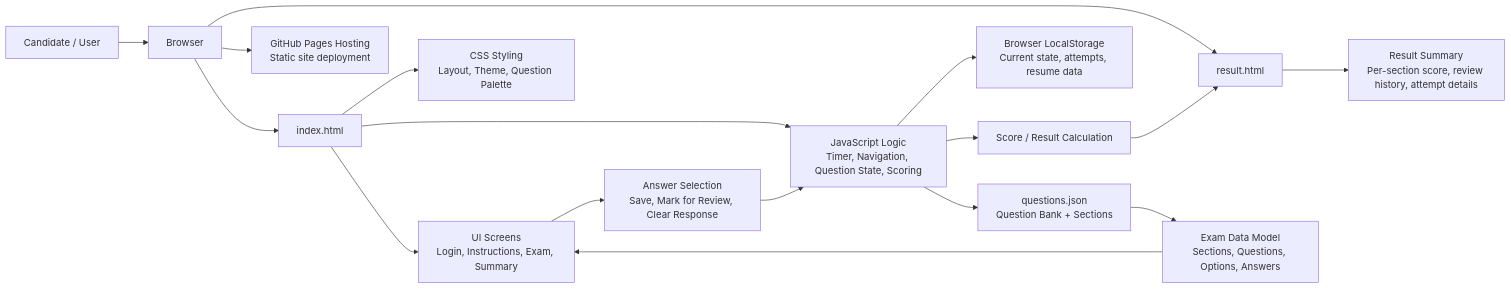
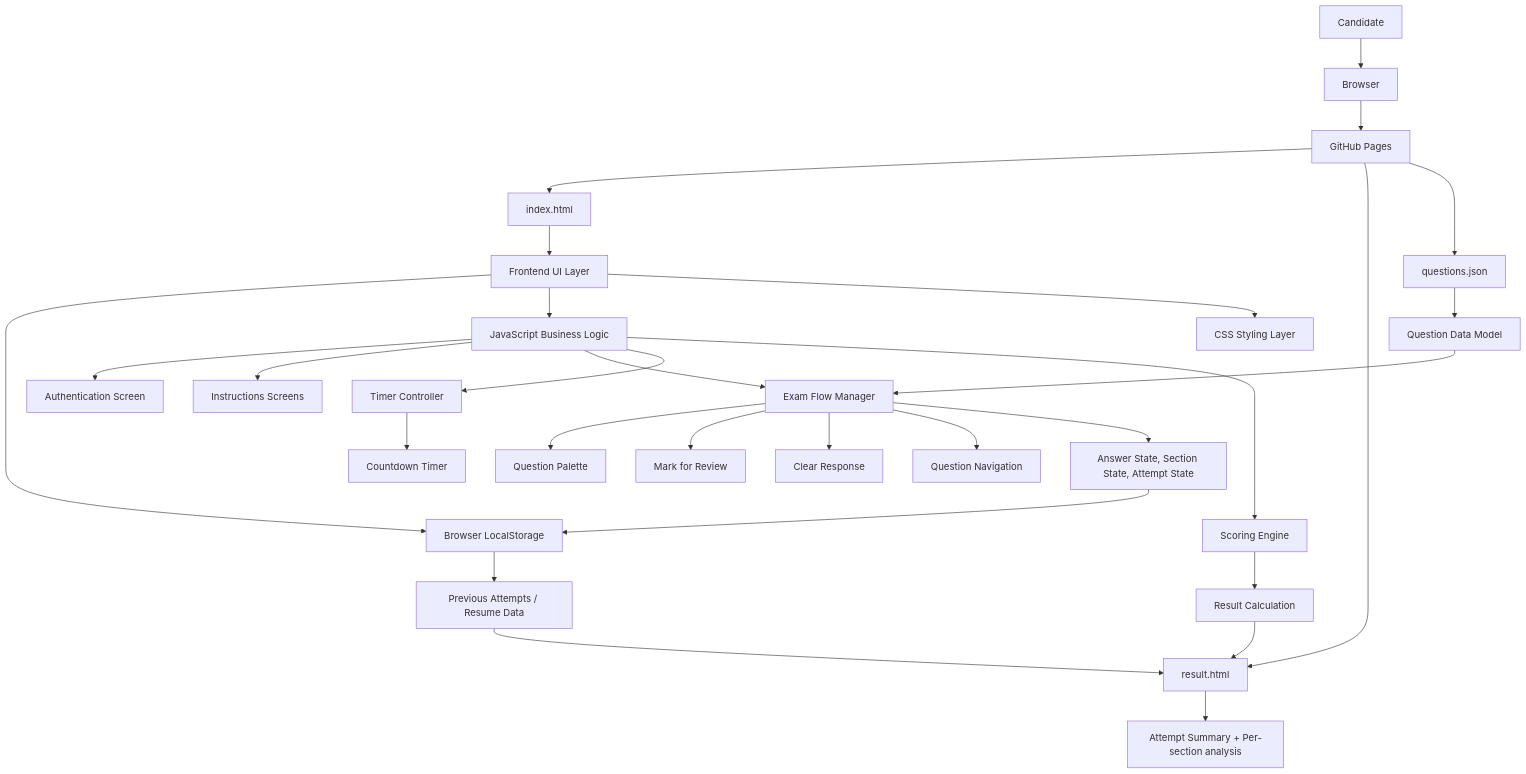
Before and after one commit to Ajay1526/Dsssb-PYQ-exam-portal: the first of 2 diagrams in ARCHITECTURE.md, drawn with Mermaid. The commit also changed other lines of this file, not shown here.

Commit message:
Create a professional architecture overview for the Dsssb exam portal

````diff
--- a/ARCHITECTURE.md
+++ b/ARCHITECTURE.md
@@ -5,25 +5,38 @@
 ```mermaid
-flowchart LR
-    U[Candidate / User] --> B[Browser]
-    B --> I[index.html]
-    B --> R[result.html]
+flowchart TD
+    U[Candidate] --> B[Browser]
+    B --> P[GitHub Pages]
+    P --> H[index.html]
+    P --> R[result.html]
+    P --> Q[questions.json]
 
-    I --> UI[UI Screens\nLogin, Instructions, Exam, Summary]
-    I --> JS[JavaScript Logic\nTimer, Navigation, Question State, Scoring]
-    I --> CSS[CSS Styling\nLayout, Theme, Question Palette]
+    H --> UI[Frontend UI Layer]
+    UI --> LS[Browser LocalStorage]
+    UI --> JS[JavaScript Business Logic]
+    UI --> CSS[CSS Styling Layer]
 
-    JS --> Q[questions.json\nQuestion Bank + Sections]
-    JS --> LS[Browser LocalStorage\nCurrent state, attempts, resume data]
+    JS --> A[Authentication Screen]
+    JS --> I[Instructions Screens]
+    JS --> E[Exam Flow Manager]
+    JS --> T[Timer Controller]
+    JS --> S[Scoring Engine]
 
-    Q --> EX[Exam Data Model\nSections, Questions, Options, Answers]
-    EX --> UI
+    Q --> D[Question Data Model]
+    D --> E
 
-    UI --> A[Answer Selection\nSave, Mark for Review, Clear Response]
-    A --> JS
+    E --> QP[Question Palette]
+    E --> MR[Mark for Review]
+    E --> CR[Clear Response]
+    E --> NAV[Question Navigation]
 
-    JS --> S[Score / Result Calculation]
-    S --> R
-    R --> RS[Result Summary\nPer-section score, review history, attempt details]
+    T --> TIME[Countdown Timer]
+    E --> STATE[Answer State, Section State, Attempt State]
+    STATE --> LS
 
-    B --> P[GitHub Pages Hosting\nStatic site deployment]
+    S --> RES[Result Calculation]
+    RES --> R
+    R --> OUT[Attempt Summary + Per-section analysis]
+
+    LS --> HIST[Previous Attempts / Resume Data]
+    HIST --> R
 ```
````
